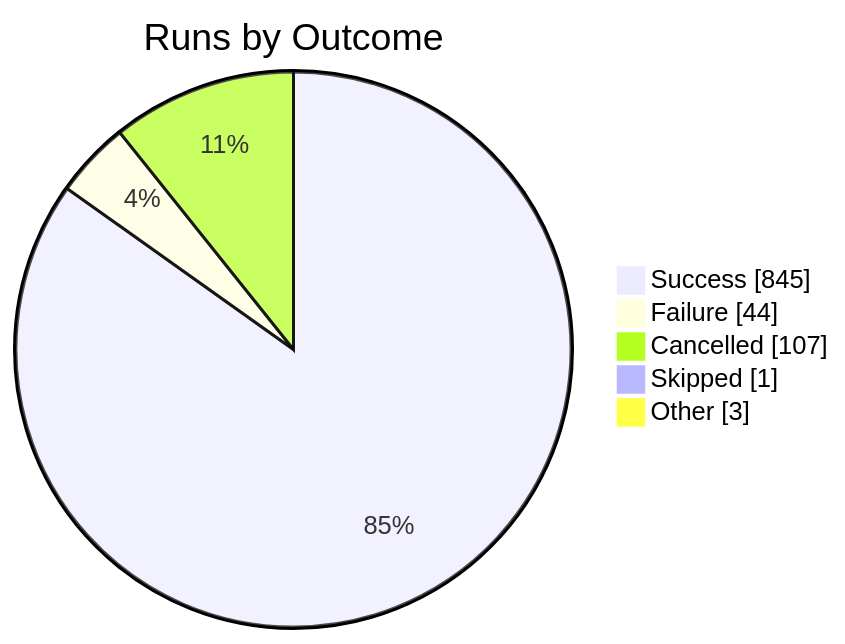
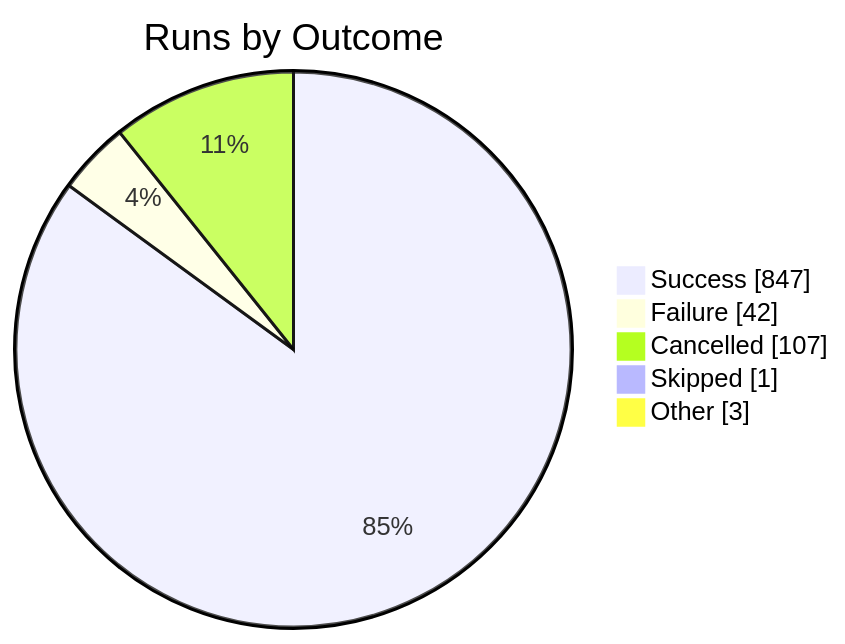
Before and after one commit to KBVE/kbve: the first of 2 diagrams in apps/kbve/astro-kbve/src/content/docs/dashboard/ci-health.mdx, drawn with Mermaid. The commit also changed other lines of this file and 1 other file, not shown here.

````diff
--- a/apps/kbve/astro-kbve/src/content/docs/dashboard/ci-health.mdx
+++ b/apps/kbve/astro-kbve/src/content/docs/dashboard/ci-health.mdx
@@ -189,9 +189,9 @@
 ```mermaid
 pie showData
     title Runs by Outcome
-    "Success" : 845
-    "Failure" : 44
+    "Success" : 847
+    "Failure" : 42
     "Cancelled" : 107
     "Skipped" : 1
     "Other" : 3
 ```
````
